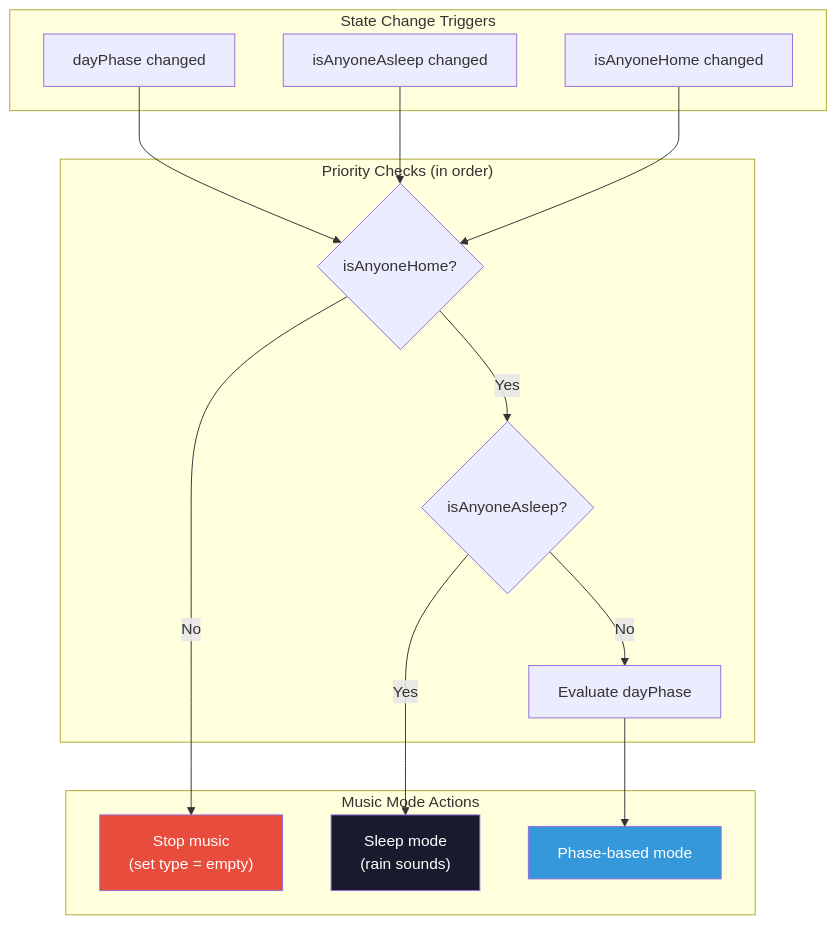
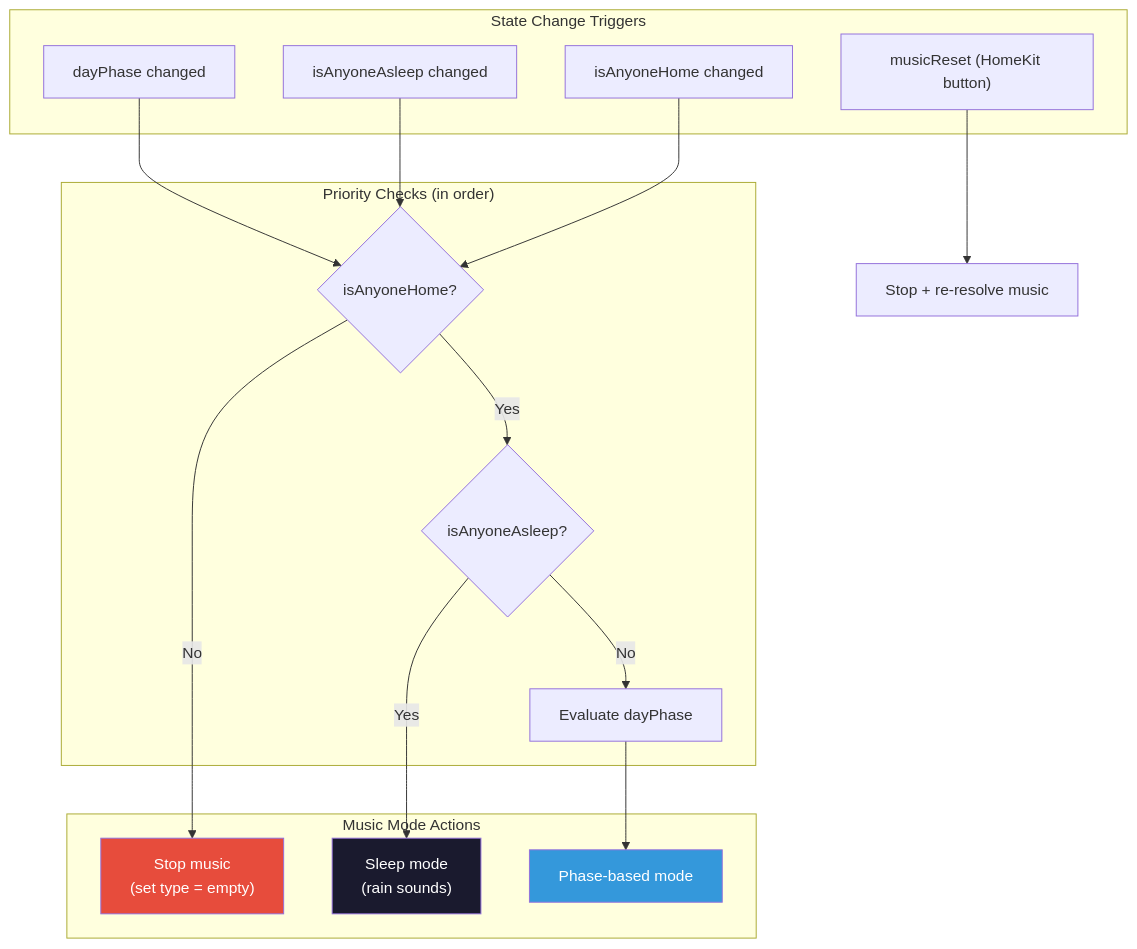
One commit to NickBorgers/home-automation changed the first of 7 diagrams in docs/flows/MUSIC_PLAYBACK.md. Above: the diagram before and after it, drawn with Mermaid.

Commit message:
docs: add musicReset to playback flow

````diff
--- a/docs/flows/MUSIC_PLAYBACK.md
+++ b/docs/flows/MUSIC_PLAYBACK.md
@@ -15,34 +15,36 @@
 ```mermaid
 flowchart TD
     subgraph Triggers["State Change Triggers"]
         dayPhase["dayPhase changed"]
         isAnyoneAsleep["isAnyoneAsleep changed"]
         isAnyoneHome["isAnyoneHome changed"]
+        musicReset["musicReset (HomeKit button)"]
     end
 
     subgraph Priority["Priority Checks (in order)"]
         checkHome{"isAnyoneHome?"}
         checkSleep{"isAnyoneAsleep?"}
         checkPhase["Evaluate dayPhase"]
     end
 
     subgraph Actions["Music Mode Actions"]
         stopMusic["Stop music<br/>(set type = empty)"]
         sleepMode["Sleep mode<br/>(rain sounds)"]
         phaseMode["Phase-based mode"]
     end
 
     dayPhase --> checkHome
     isAnyoneAsleep --> checkHome
     isAnyoneHome --> checkHome
+    musicReset --> resetAction["Stop + re-resolve music"]
 
     checkHome -->|No| stopMusic
     checkHome -->|Yes| checkSleep
     checkSleep -->|Yes| sleepMode
     checkSleep -->|No| checkPhase
     checkPhase --> phaseMode
 
     style stopMusic fill:#e74c3c,color:#fff
     style sleepMode fill:#1a1a2e,color:#fff
     style phaseMode fill:#3498db,color:#fff
 ```
````
